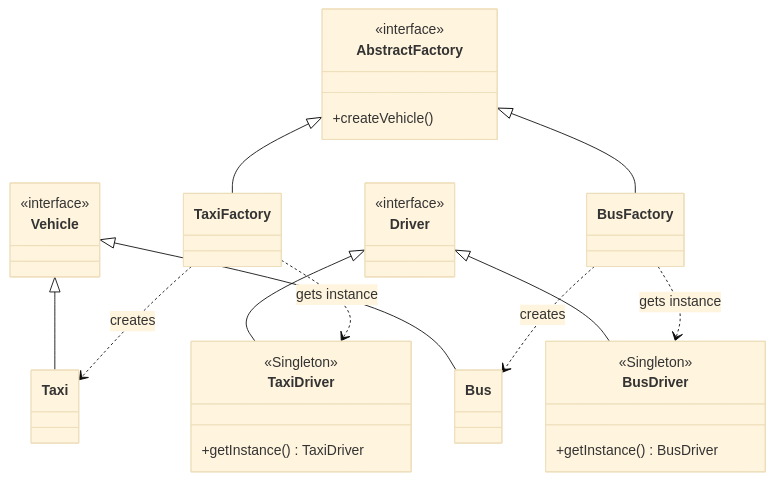
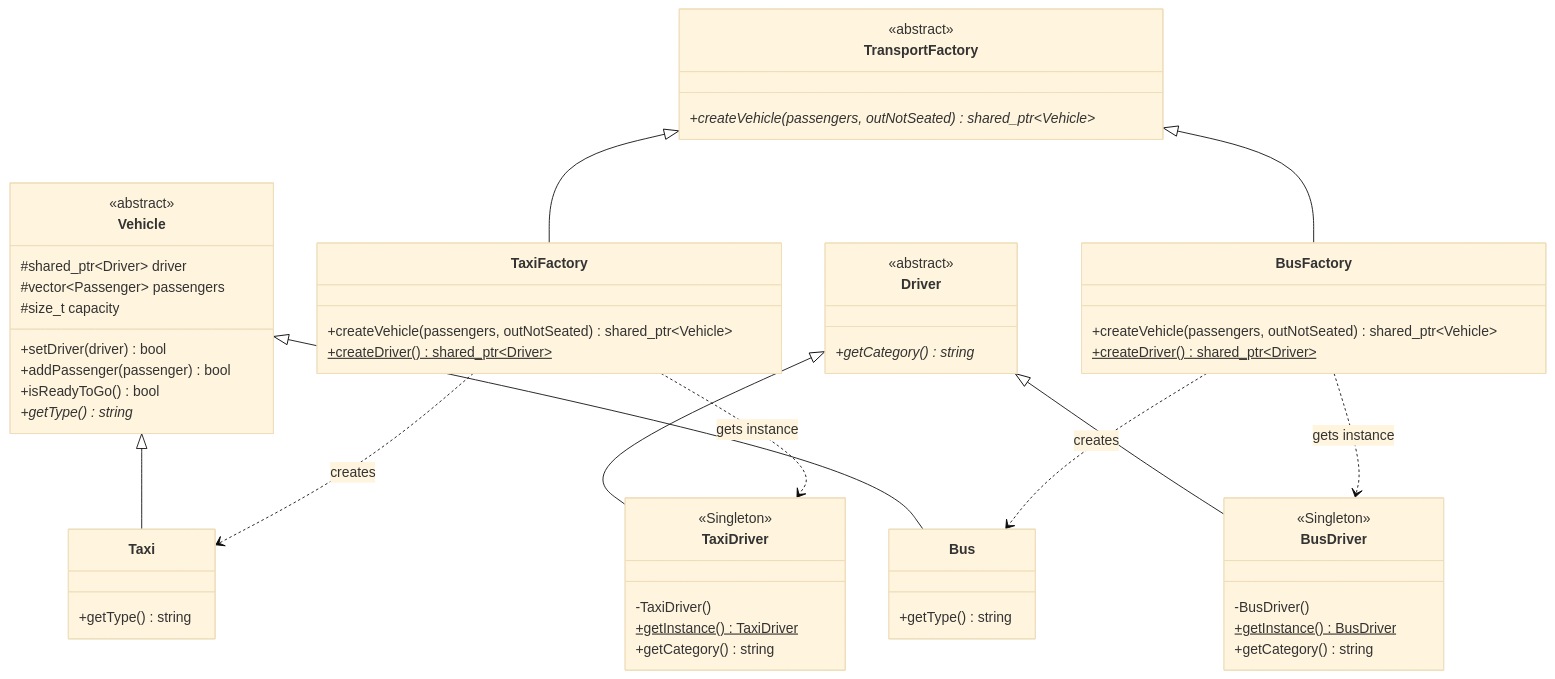
The diagram in software-architecture/lab-1/README.md (ivan-aleschin/uni), drawn with Mermaid (base theme) before and after one commit.

Commit message:
docs: fix README for lab-1

````diff
--- a/software-architecture/lab-1/README.md
+++ b/software-architecture/lab-1/README.md
@@ -31,34 +31,62 @@
 ```mermaid
 classDiagram
     class Vehicle {
-        <<interface>>
+        <<abstract>>
+        #shared_ptr~Driver~ driver
+        #vector~Passenger~ passengers
+        #size_t capacity
+        +setDriver(driver) bool
+        +addPassenger(passenger) bool
+        +isReadyToGo() bool
+        +getType()* string
     }
     class Driver {
-        <<interface>>
+        <<abstract>>
+        +getCategory()* string
     }
-    class AbstractFactory {
-        <<interface>>
-        +createVehicle()
+    class TransportFactory {
+        <<abstract>>
+        +createVehicle(passengers, outNotSeated)* shared_ptr~Vehicle~
     }
     
     Vehicle <|-- Taxi
     Vehicle <|-- Bus
     Driver <|-- TaxiDriver
     Driver <|-- BusDriver
-    AbstractFactory <|-- TaxiFactory
-    AbstractFactory <|-- BusFactory
+    TransportFactory <|-- TaxiFactory
+    TransportFactory <|-- BusFactory
+
+    class Taxi {
+        +getType() string
+    }
+    class Bus {
+        +getType() string
+    }
 
     class TaxiDriver {
         <<Singleton>>
-        +getInstance() TaxiDriver
+        -TaxiDriver()
+        +getInstance()$ TaxiDriver
+        +getCategory() string
     }
     class BusDriver {
         <<Singleton>>
-        +getInstance() BusDriver
+        -BusDriver()
+        +getInstance()$ BusDriver
+        +getCategory() string
+    }
+
+    class TaxiFactory {
+        +createVehicle(passengers, outNotSeated) shared_ptr~Vehicle~
+        +createDriver()$ shared_ptr~Driver~
+    }
+    class BusFactory {
+        +createVehicle(passengers, outNotSeated) shared_ptr~Vehicle~
+        +createDriver()$ shared_ptr~Driver~
     }
 
     TaxiFactory ..> Taxi : creates
     TaxiFactory ..> TaxiDriver : gets instance
     BusFactory ..> Bus : creates
     BusFactory ..> BusDriver : gets instance
 ```
````
